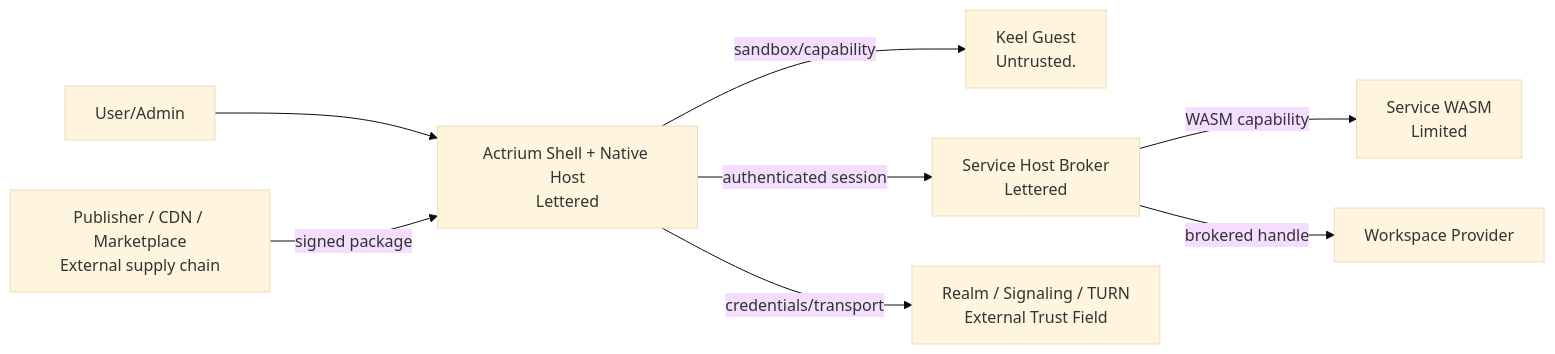
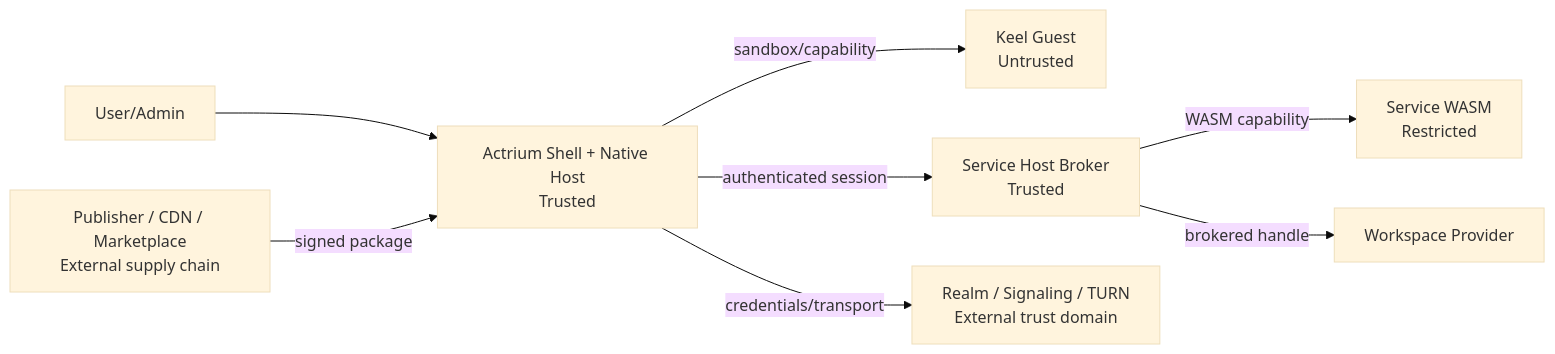
Before and after one commit to Actrium/actrium: the diagram in docs/product/actrium-v1/09-security-and-privacy.md, drawn with Mermaid (base theme). The commit also changed other lines of this file and 15 other files, not shown here.

````diff
--- a/docs/product/actrium-v1/09-security-and-privacy.md
+++ b/docs/product/actrium-v1/09-security-and-privacy.md
@@ -24,19 +24,19 @@
 ```mermaid
 flowchart LR
     U["User/Admin"]
-    SH["Actrium Shell + Native Host<br/>Lettered"]
-    G["Keel Guest<br/>Untrusted."]
-    SVH["Service Host Broker<br/>Lettered"]
-    SW["Service WASM<br/>Limited"]
+    SH["Actrium Shell + Native Host<br/>Trusted"]
+    G["Keel Guest<br/>Untrusted"]
+    SVH["Service Host Broker<br/>Trusted"]
+    SW["Service WASM<br/>Restricted"]
     WS["Workspace Provider"]
-    R["Realm / Signaling / TURN<br/>External Trust Field"]
+    R["Realm / Signaling / TURN<br/>External trust domain"]
     PUB["Publisher / CDN / Marketplace<br/>External supply chain"]
 
     U --> SH
     PUB -->|signed package| SH
     SH -->|sandbox/capability| G
     SH -->|authenticated session| SVH
     SVH -->|WASM capability| SW
     SVH -->|brokered handle| WS
     SH -->|credentials/transport| R
 ```
````
